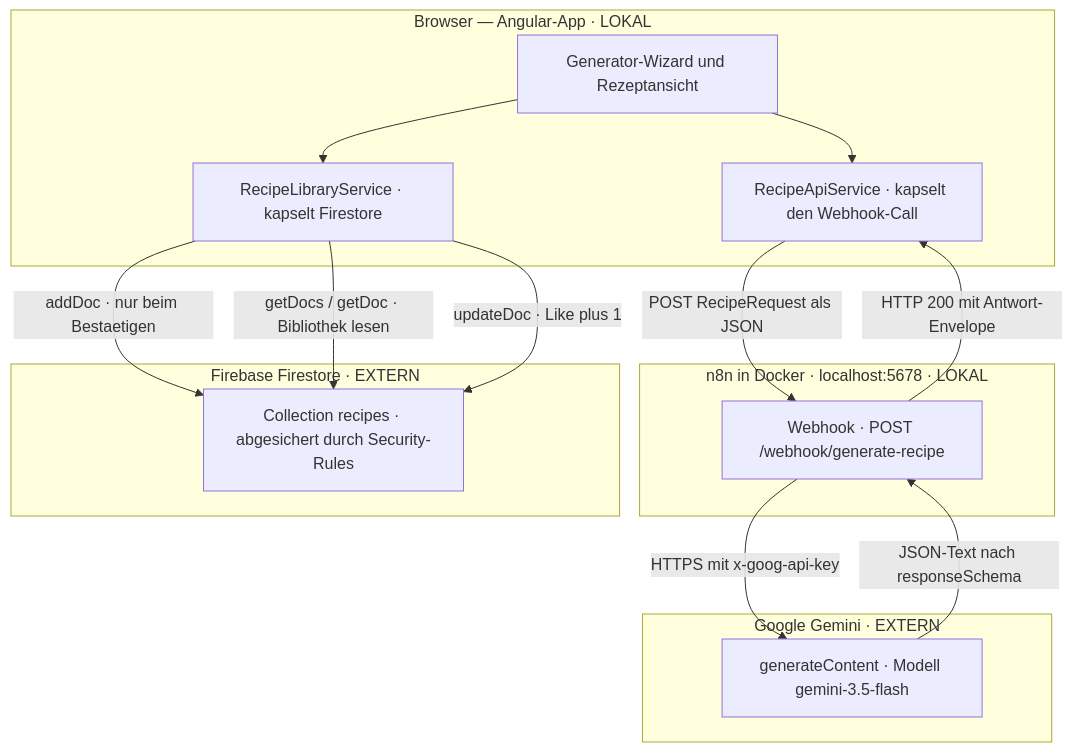
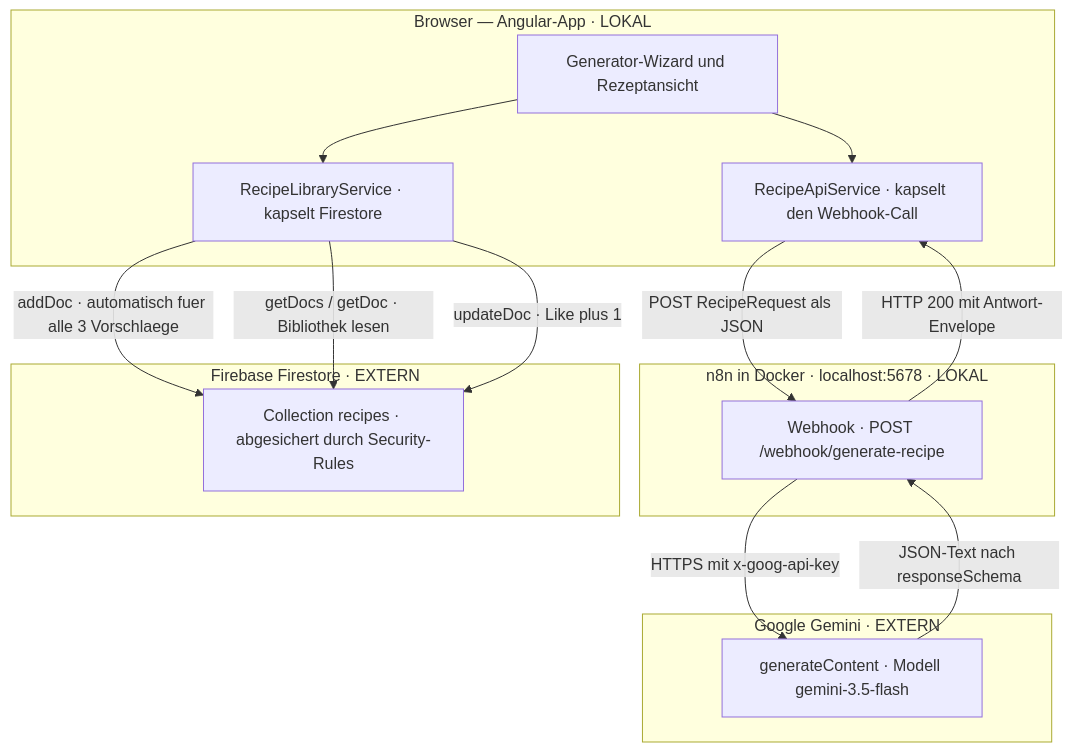
One commit to ttoebbe/code-a-cuisine changed the first of 4 diagrams in docs/architektur.md. Above: the diagram before and after it, drawn with Mermaid. The commit also changed other lines of this file and 15 other files, not shown here.

````diff
--- a/docs/architektur.md
+++ b/docs/architektur.md
@@ -27,32 +27,32 @@
 ```mermaid
 flowchart TB
   subgraph browser["Browser — Angular-App · LOKAL"]
     ui["Generator-Wizard und Rezeptansicht"]
     apiSvc["RecipeApiService · kapselt den Webhook-Call"]
     libSvc["RecipeLibraryService · kapselt Firestore"]
   end
 
   subgraph n8nbox["n8n in Docker · localhost:5678 · LOKAL"]
     hook["Webhook · POST /webhook/generate-recipe"]
   end
 
   subgraph google["Google Gemini · EXTERN"]
     gemini["generateContent · Modell gemini-3.5-flash"]
   end
 
   subgraph firebase["Firebase Firestore · EXTERN"]
     store["Collection recipes · abgesichert durch Security-Rules"]
   end
 
   ui --> apiSvc
   ui --> libSvc
 
   apiSvc -- "POST RecipeRequest als JSON" --> hook
   hook -- "HTTPS mit x-goog-api-key" --> gemini
   gemini -- "JSON-Text nach responseSchema" --> hook
   hook -- "HTTP 200 mit Antwort-Envelope" --> apiSvc
 
-  libSvc -- "addDoc · nur beim Bestaetigen" --> store
+  libSvc -- "addDoc · automatisch fuer alle 3 Vorschlaege" --> store
   libSvc -- "getDocs / getDoc · Bibliothek lesen" --> store
   libSvc -- "updateDoc · Like plus 1" --> store
 ```
````
